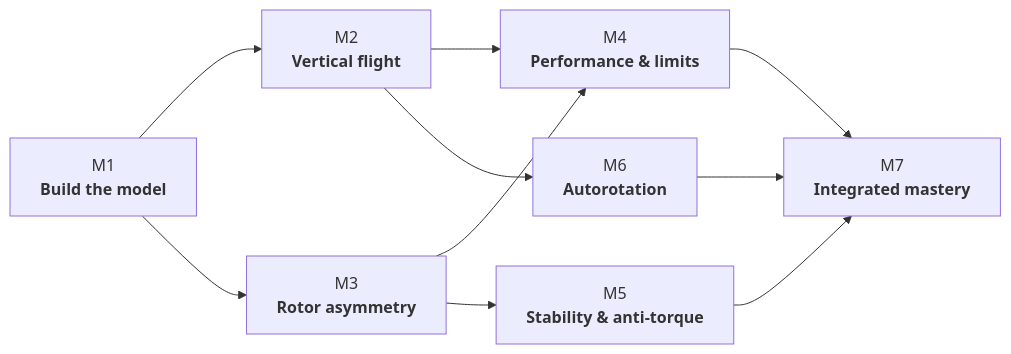
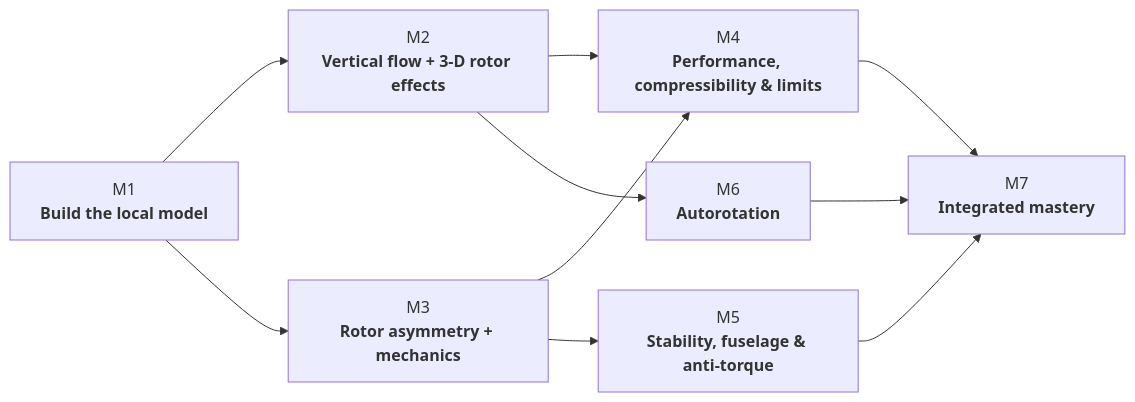
One commit to ZanneRay/ATPL-H-Learning-Ecosystem changed the diagram in docs/curriculum/EASA-LO-MAPPING.md. Above: the diagram before and after it, drawn with Mermaid. The commit also changed other lines of this file, not shown here.

Commit message:
Reconcile Module 1 LO scope with four-hour pilot architecture

````diff
--- a/docs/curriculum/EASA-LO-MAPPING.md
+++ b/docs/curriculum/EASA-LO-MAPPING.md
@@ -160,12 +199,12 @@
 ```mermaid
 flowchart LR
-    M1["M1<br/><b>Build the model</b>"] --> M2["M2<br/><b>Vertical flight</b>"]
-    M1 --> M3["M3<br/><b>Rotor asymmetry</b>"]
-    M2 --> M4["M4<br/><b>Performance & limits</b>"]
+    M1["M1<br/><b>Build the local model</b>"] --> M2["M2<br/><b>Vertical flow + 3-D rotor effects</b>"]
+    M1 --> M3["M3<br/><b>Rotor asymmetry + mechanics</b>"]
+    M2 --> M4["M4<br/><b>Performance, compressibility & limits</b>"]
     M3 --> M4
-    M3 --> M5["M5<br/><b>Stability & anti-torque</b>"]
+    M3 --> M5["M5<br/><b>Stability, fuselage & anti-torque</b>"]
     M2 --> M6["M6<br/><b>Autorotation</b>"]
     M4 --> M7["M7<br/><b>Integrated mastery</b>"]
     M5 --> M7
     M6 --> M7
 ```
````
